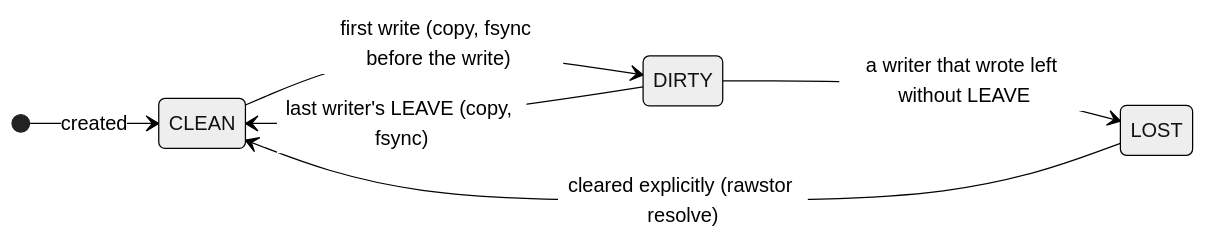
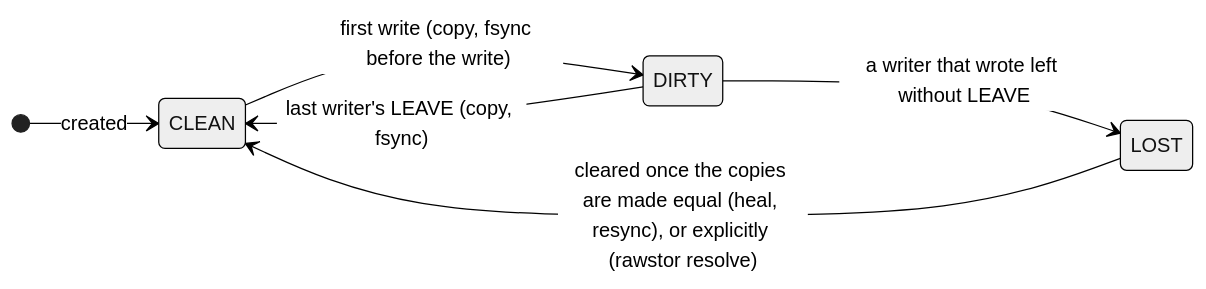
One commit to rawstor/librawstor changed the first of 6 diagrams in docs/mirroring.md. Above: the diagram before and after it, drawn with Mermaid (neutral theme). The commit also changed other lines of this file and 8 other files, not shown here.

````diff
--- a/docs/mirroring.md
+++ b/docs/mirroring.md
@@ -75,9 +77,9 @@
 ```mermaid
 stateDiagram-v2
     direction LR
     [*] --> CLEAN : created
     CLEAN --> DIRTY : first write (copy, fsync before the write)
     DIRTY --> CLEAN : last writer's LEAVE (copy, fsync)
     DIRTY --> LOST : a writer that wrote left without LEAVE
-    LOST --> CLEAN : cleared explicitly (rawstor resolve)
+    LOST --> CLEAN : cleared once the copies are made equal (heal, resync), or explicitly (rawstor resolve)
 ```
````
